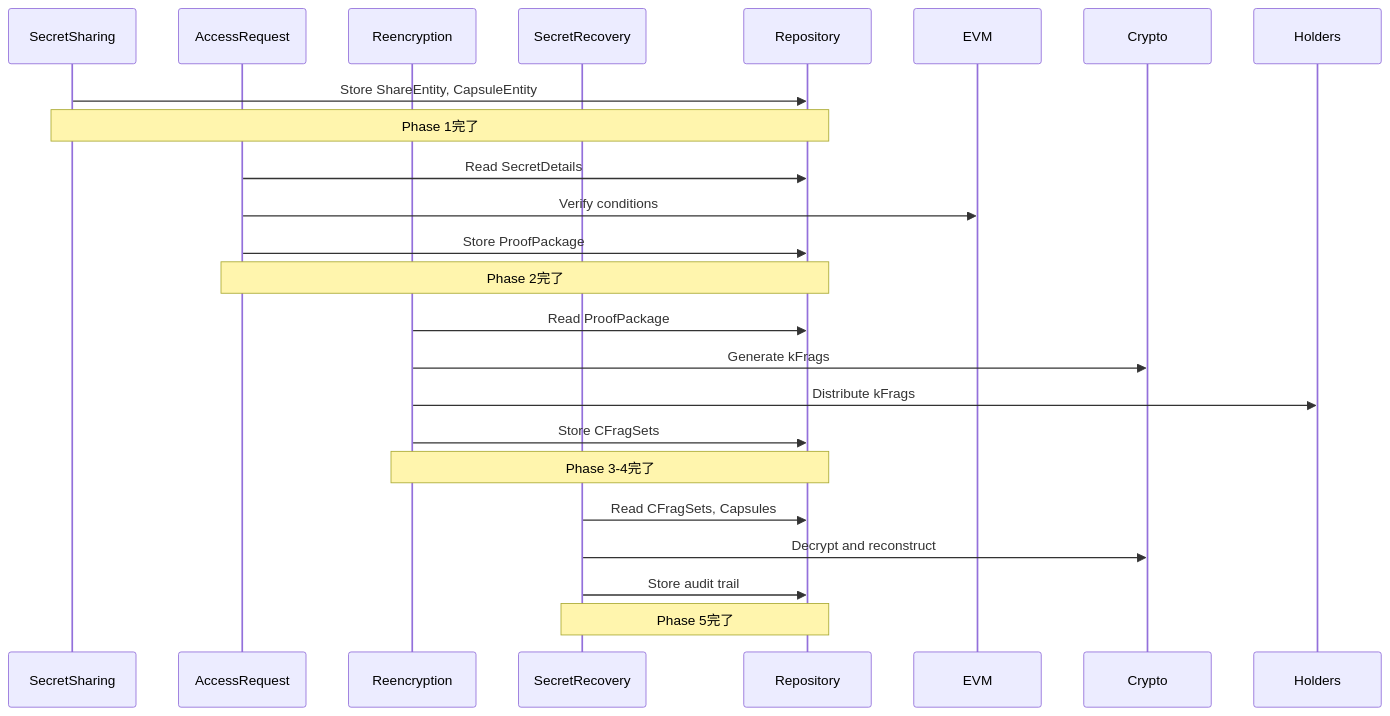
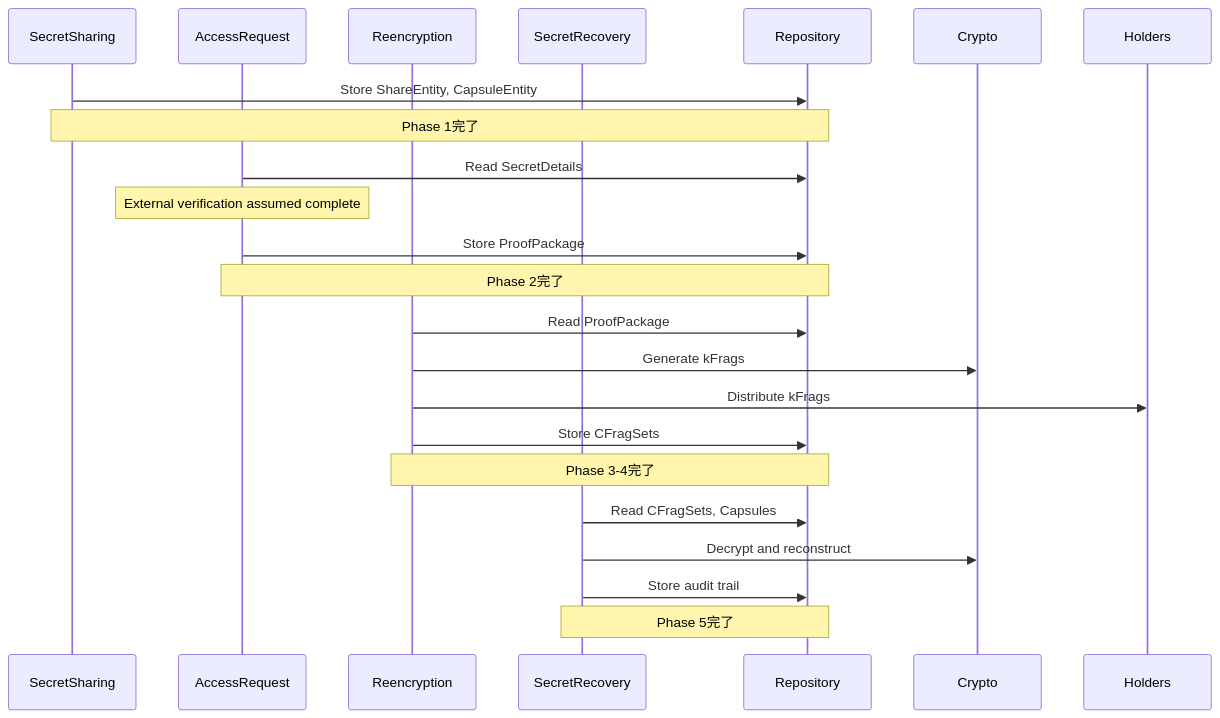
One commit to shodaimomiyama/D-TPRES changed the second of 2 diagrams in docs/development/service/workflow-service/workflow-service.md. Above: the diagram before and after it, drawn with Mermaid. The commit also changed other lines of this file and 1 other file, not shown here.

````diff
--- a/docs/development/service/workflow-service/workflow-service.md
+++ b/docs/development/service/workflow-service/workflow-service.md
@@ -998,26 +983,26 @@
 ```mermaid
 sequenceDiagram
     participant SS as SecretSharing
     participant AR as AccessRequest
     participant RE as Reencryption
     participant SR as SecretRecovery
     
     SS->>Repository: Store ShareEntity, CapsuleEntity
     Note over SS,Repository: Phase 1完了
     
     AR->>Repository: Read SecretDetails
-    AR->>EVM: Verify conditions
+    Note over AR: External verification assumed complete
     AR->>Repository: Store ProofPackage
     Note over AR,Repository: Phase 2完了
     
     RE->>Repository: Read ProofPackage
     RE->>Crypto: Generate kFrags
     RE->>Holders: Distribute kFrags
     RE->>Repository: Store CFragSets
     Note over RE,Repository: Phase 3-4完了
     
     SR->>Repository: Read CFragSets, Capsules
     SR->>Crypto: Decrypt and reconstruct
     SR->>Repository: Store audit trail
     Note over SR,Repository: Phase 5完了
 ```
````
